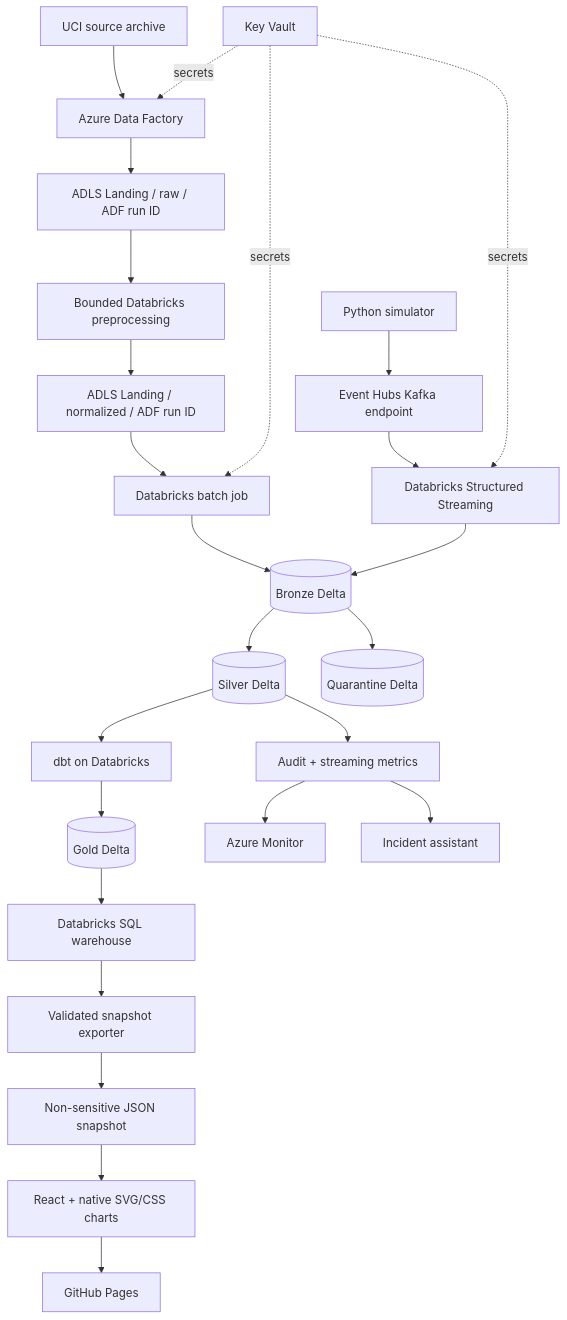
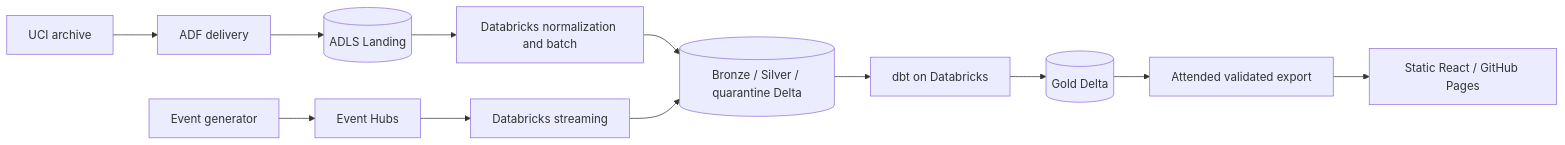
The second of 3 diagrams in docs/architecture.md (PK-999/retailpulse), drawn with Mermaid before and after one commit. The commit also changed other lines of this file and 25 other files, not shown here.

````diff
--- a/docs/architecture.md
+++ b/docs/architecture.md
@@ -84,28 +62,10 @@
 ```mermaid
-flowchart TB
-    UCI[UCI source archive] --> ADF[Azure Data Factory]
-    ADF --> RAW[ADLS Landing / raw / ADF run ID]
-    RAW --> PRE[Bounded Databricks preprocessing]
-    PRE --> ADLSL[ADLS Landing / normalized / ADF run ID]
-    GEN[Python simulator] --> EH[Event Hubs Kafka endpoint]
-
-    ADLSL --> DBB[Databricks batch job]
-    EH --> DBS[Databricks Structured Streaming]
-    DBB --> BR[(Bronze Delta)]
-    DBS --> BR
-    BR --> SI[(Silver Delta)]
-    BR --> QA[(Quarantine Delta)]
-    SI --> DBT[dbt on Databricks]
-    DBT --> GO[(Gold Delta)]
-    GO --> SQL[Databricks SQL warehouse]
-    SQL --> EXPORT[Validated snapshot exporter]
-    EXPORT --> JSON[Non-sensitive JSON snapshot]
-    JSON --> WEB[React + native SVG/CSS charts]
-    WEB --> PAGES[GitHub Pages]
-    SI --> MON[Audit + streaming metrics]
-    MON --> AZMON[Azure Monitor]
-    MON --> ASSIST[Incident assistant]
-    KV[Key Vault] -. secrets .-> ADF
-    KV -. secrets .-> DBB
-    KV -. secrets .-> DBS
+flowchart LR
+  UCI[UCI archive] --> ADF[ADF delivery] --> LAND[(ADLS Landing)]
+  LAND --> BATCH[Databricks normalization and batch]
+  SIM[Event generator] --> EH[Event Hubs] --> STREAM[Databricks streaming]
+  BATCH --> DELTA[(Bronze / Silver / quarantine Delta)]
+  STREAM --> DELTA
+  DELTA --> DBT[dbt on Databricks] --> GOLD[(Gold Delta)]
+  GOLD --> EX[Attended validated export] --> WEB[Static React / GitHub Pages]
 ```
````
